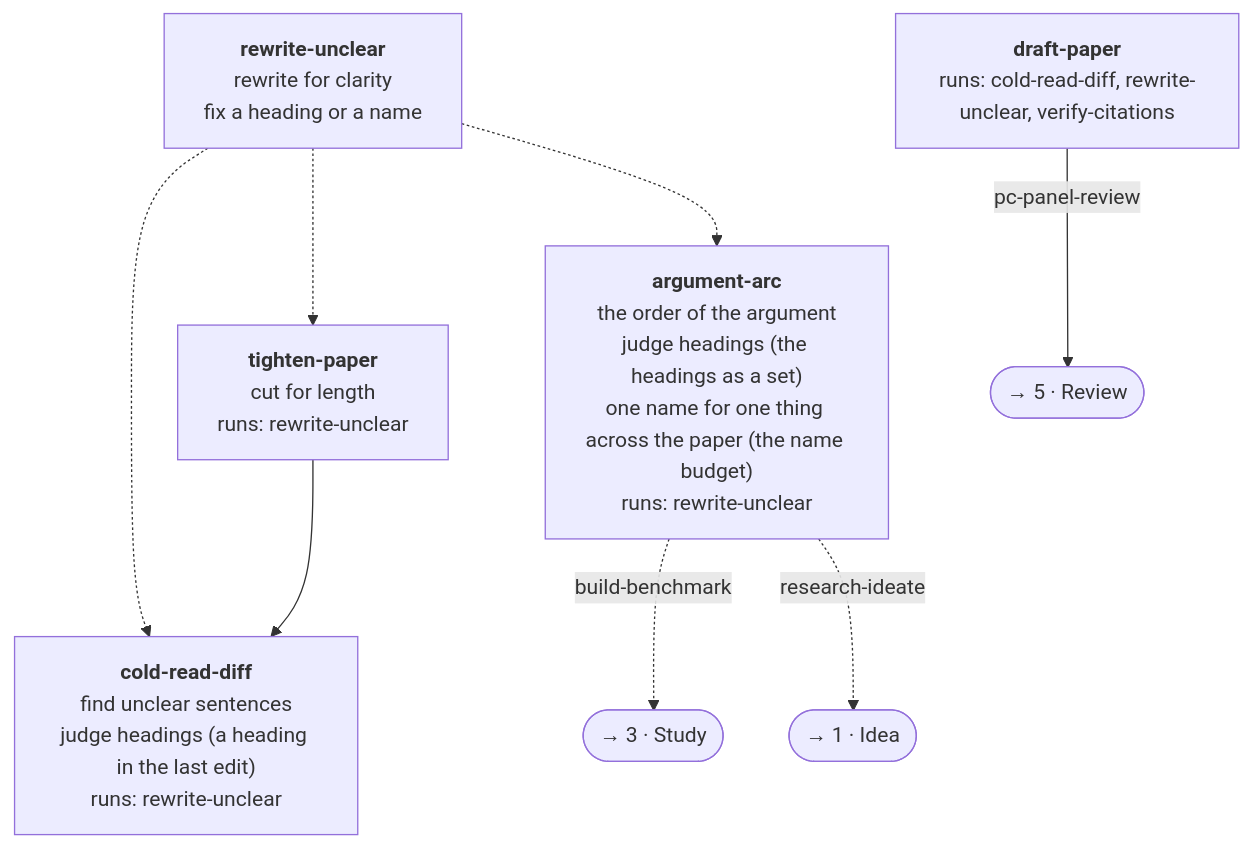
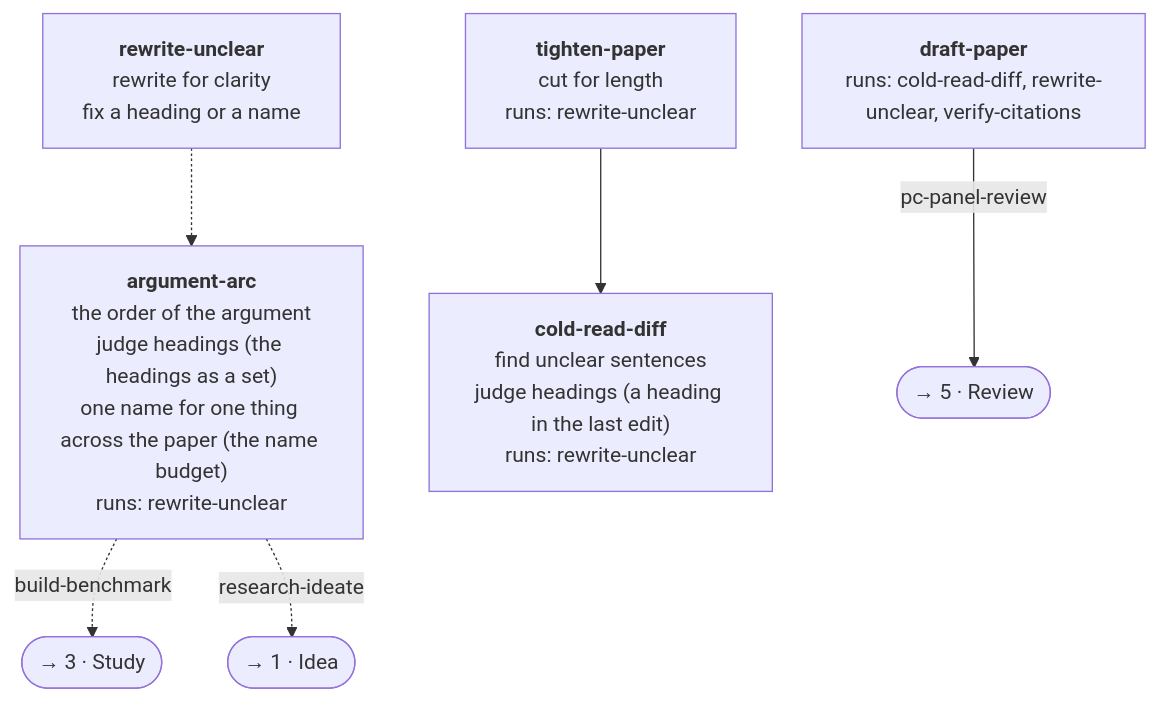
One commit to zernie/paperlint changed the fifth of 9 diagrams in docs/pipeline.md. Above: the diagram before and after it, drawn with Mermaid. The commit also changed other lines of this file and 6 other files, not shown here.

First line of the commit message:
fix(skills): after the final review a cold read runs only when the author asks

````diff
--- a/docs/pipeline.md
+++ b/docs/pipeline.md
@@ -118,18 +118,16 @@
 ```mermaid
 flowchart TB
   argument_arc["<b>argument-arc</b><br/>the order of the argument<br/>judge headings (the headings as a set)<br/>one name for one thing across the paper (the name budget)<br/>runs: rewrite-unclear"]
   cold_read_diff["<b>cold-read-diff</b><br/>find unclear sentences<br/>judge headings (a heading in the last edit)<br/>runs: rewrite-unclear"]
   draft_paper["<b>draft-paper</b><br/>runs: cold-read-diff, rewrite-unclear, verify-citations"]
   rewrite_unclear["<b>rewrite-unclear</b><br/>rewrite for clarity<br/>fix a heading or a name"]
   tighten_paper["<b>tighten-paper</b><br/>cut for length<br/>runs: rewrite-unclear"]
-  rewrite_unclear -.-> cold_read_diff
-  rewrite_unclear -.-> tighten_paper
   rewrite_unclear -.-> argument_arc
   tighten_paper --> cold_read_diff
   to_stage_study(["→ 3 · Study"])
   to_stage_idea(["→ 1 · Idea"])
   to_stage_review(["→ 5 · Review"])
   argument_arc -. "build-benchmark" .-> to_stage_study
   argument_arc -. "research-ideate" .-> to_stage_idea
   draft_paper -- "pc-panel-review" --> to_stage_review
 ```
````
